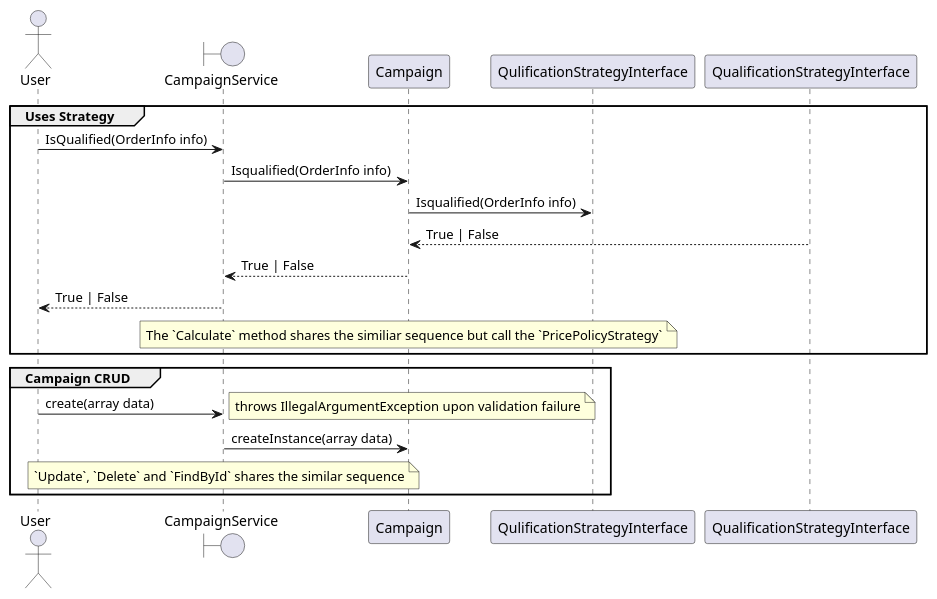
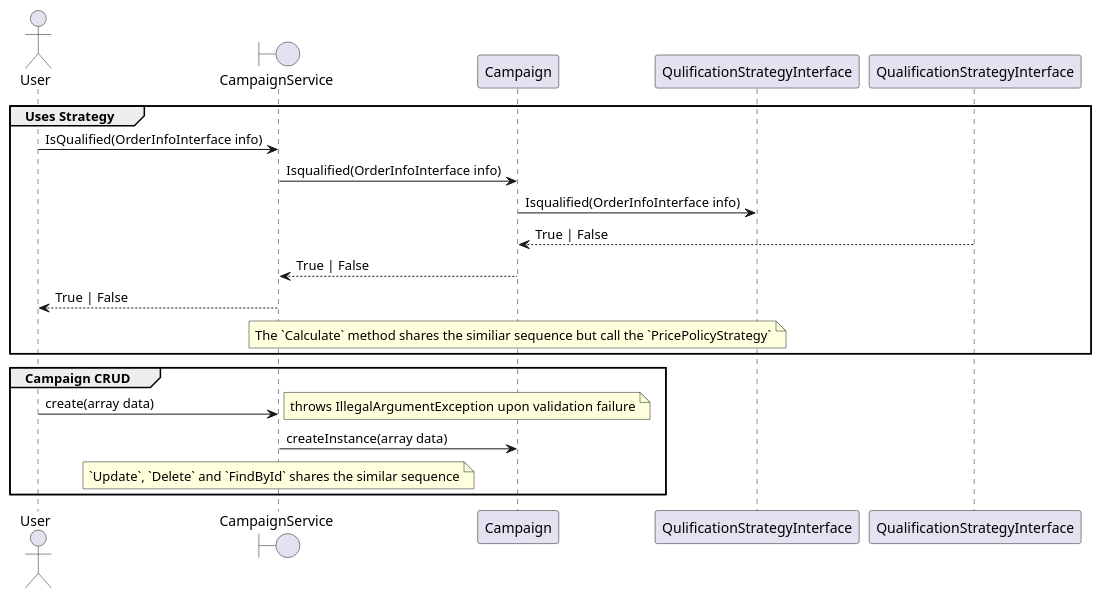
The second of 2 diagrams in docs/Campaign.wsd (rockysynergy/laravel-yacommerce), drawn with PlantUML before and after one commit. The commit also changed other lines of this file and 7 other files, not shown here.

```diff
--- a/docs/Campaign.wsd
+++ b/docs/Campaign.wsd
@@ -72,23 +68,21 @@
-@startuml campaign-sequence-IsQualified
+@startuml campaign-sequence
 actor User
 boundary CampaignService
 
 group Uses Strategy
-    User -> CampaignService: IsQualified(OrderInfo info)
-    CampaignService -> Campaign: Isqualified(OrderInfo info)
-    Campaign -> QulificationStrategyInterface: Isqualified(OrderInfo info)
+    User -> CampaignService: IsQualified(OrderInfoInterface info)
+    CampaignService -> Campaign: Isqualified(OrderInfoInterface info)
+    Campaign -> QulificationStrategyInterface: Isqualified(OrderInfoInterface info)
     QualificationStrategyInterface --> Campaign: True | False
     Campaign --> CampaignService: True | False
     CampaignService --> User: True | False
     note over Campaign : The `Calculate` method shares the similiar sequence but call the `PricePolicyStrategy`
 end
 
 group Campaign CRUD
     User -> CampaignService: create(array data)
     note right: throws IllegalArgumentException upon validation failure
     CampaignService -> Campaign: createInstance(array data)
     note over CampaignService: `Update`, `Delete` and `FindById` shares the similar sequence
 end
-
-
 @enduml
```
